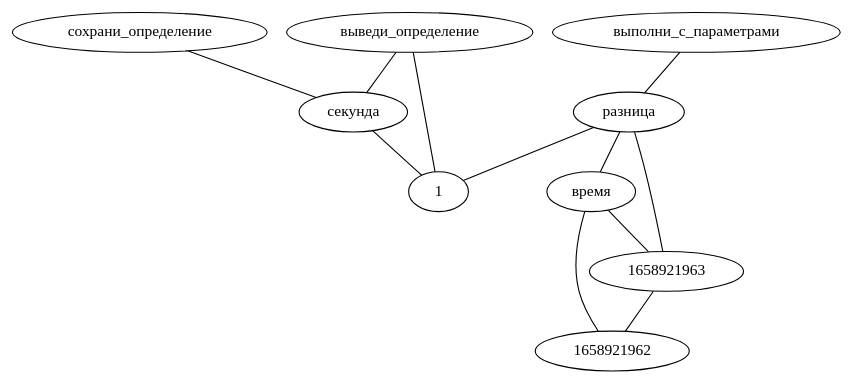
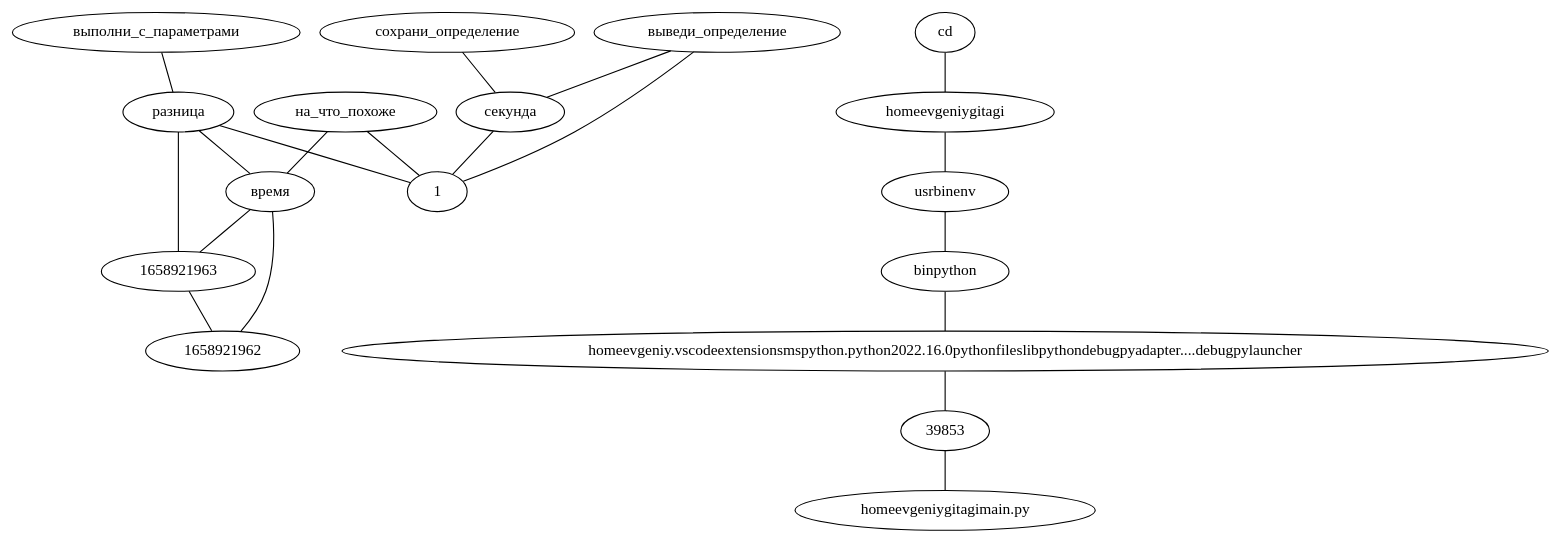
The diagram in graphs/local_graph.dot (LeonovEvgenii/AGI), drawn with Graphviz before and after one commit. The commit also changed 7 other files, not shown here.

```diff
--- a/graphs/local_graph.dot
+++ b/graphs/local_graph.dot
@@ -1,13 +1,21 @@
 strict graph G {
 "время" -- "1658921962"
 "время" -- "1658921963"
 "выполни_с_параметрами" -- "разница"
 "разница" -- "1658921963"
 "1658921963" -- "1658921962"
 "разница" -- "1"
 "сохрани_определение" -- "секунда"
 "секунда" -- "1"
 "разница" -- "время"
 "выведи_определение" -- "секунда"
 "выведи_определение" -- "1"
+"на_что_похоже" -- "1"
+"на_что_похоже" -- "время"
+"cd" -- "homeevgeniygitagi"
+"homeevgeniygitagi" -- "usrbinenv"
+"usrbinenv" -- "binpython"
+"binpython" -- "homeevgeniy.vscodeextensionsmspython.python2022.16.0pythonfileslibpythondebugpyadapter....debugpylauncher"
+"homeevgeniy.vscodeextensionsmspython.python2022.16.0pythonfileslibpythondebugpyadapter....debugpylauncher" -- "39853"
+"39853" -- "homeevgeniygitagimain.py"
 }
```
